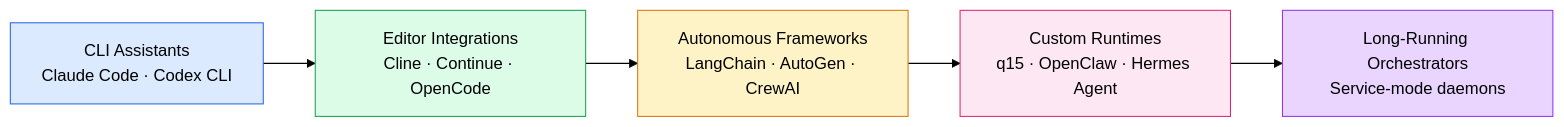
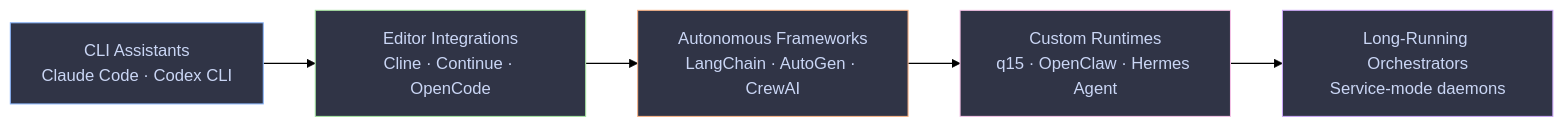
Before and after one commit to q15co/slides: the second of 5 diagrams in slides.md, drawn with Mermaid (forest theme). The commit also changed other lines of this file and 16 other files, not shown here.

````diff
--- a/slides.md
+++ b/slides.md
@@ -204,19 +247,19 @@
 ```mermaid {scale: 0.55}
 flowchart LR
     A[CLI Assistants<br/>Claude Code · Codex CLI] --> B[Editor Integrations<br/>Cline · Continue · OpenCode]
     B --> C[Autonomous Frameworks<br/>LangChain · AutoGen · CrewAI]
     C --> D[Custom Runtimes<br/>q15 · OpenClaw · Hermes Agent]
     D --> E[Long-Running Orchestrators<br/>Service-mode daemons]
 
-    classDef cli fill:#dbeafe,stroke:#2563eb
-    classDef editor fill:#dcfce7,stroke:#16a34a
-    classDef framework fill:#fef3c7,stroke:#d97706
-    classDef runtime fill:#fce7f3,stroke:#db2777
-    classDef long fill:#e9d5ff,stroke:#9333ea
+    classDef cli fill:#303446,stroke:#89b4fa,color:#cad6f5
+    classDef editor fill:#303446,stroke:#a6e3a1,color:#cad6f5
+    classDef framework fill:#303446,stroke:#fab387,color:#cad6f5
+    classDef runtime fill:#303446,stroke:#f5c2e7,color:#cad6f5
+    classDef long fill:#303446,stroke:#cba6f7,color:#cad6f5
 
     class A cli
     class B editor
     class C framework
     class D runtime
     class E long
 ```
````
